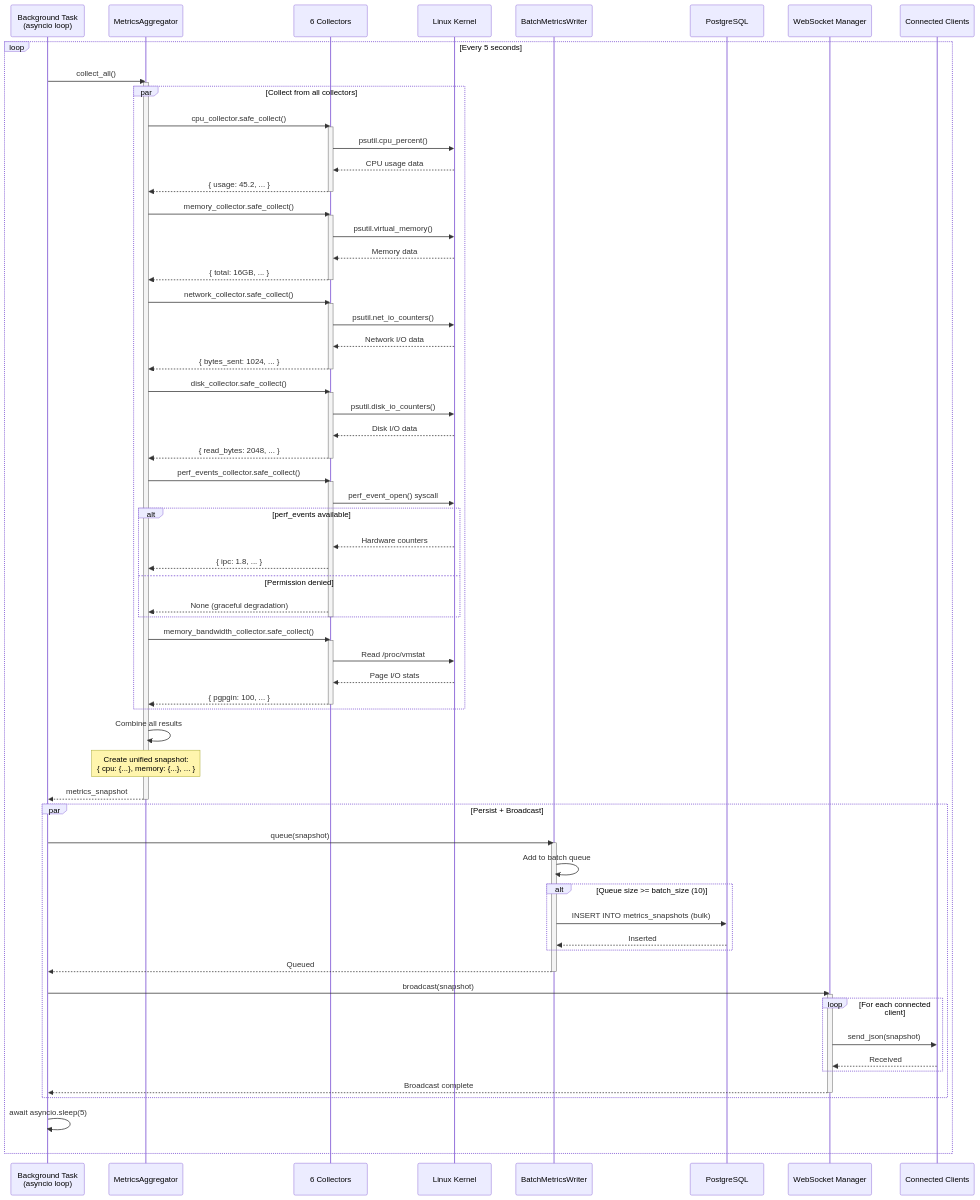
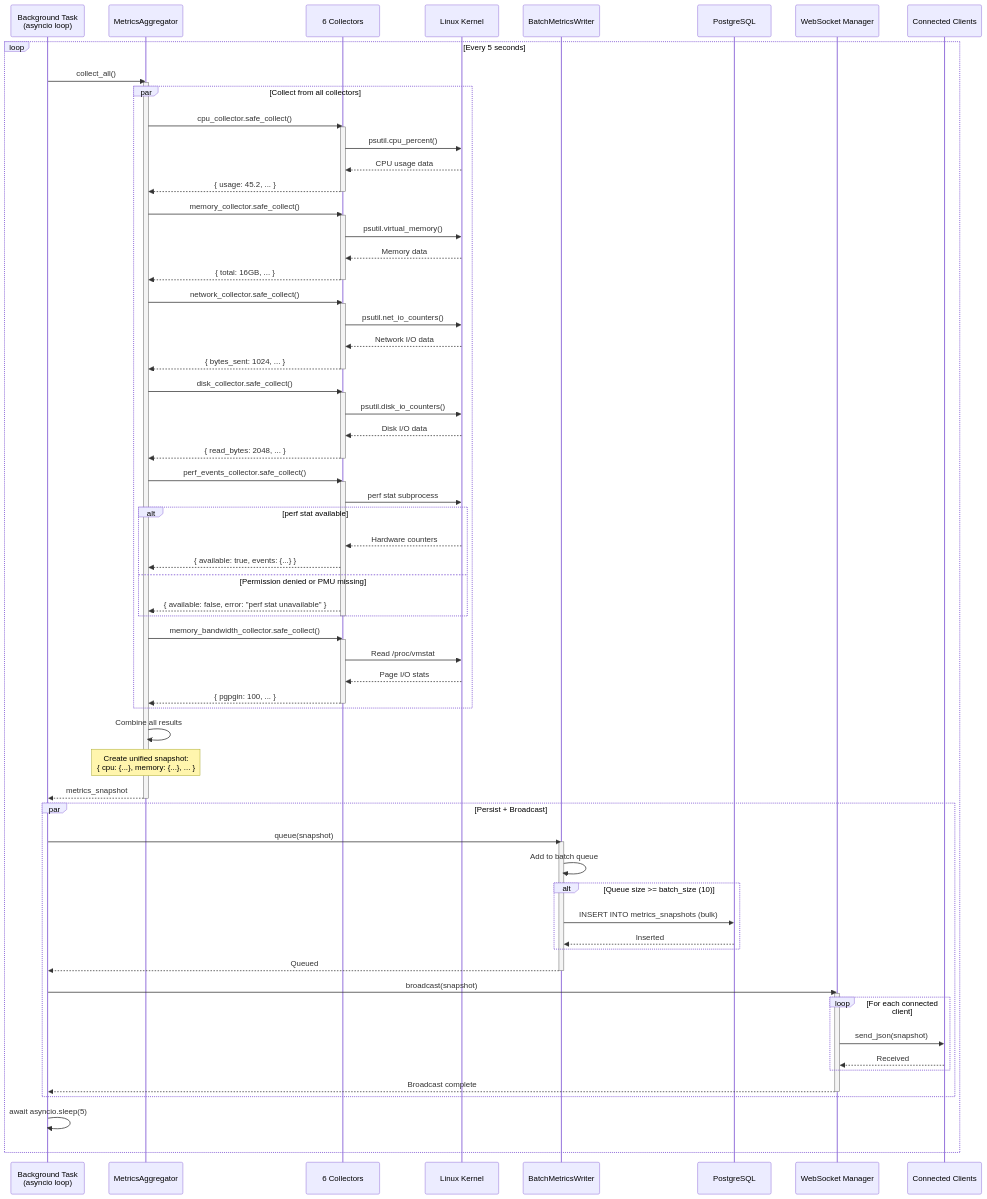
Before and after one commit to zhyndalf/perfwatch: the second of 6 diagrams in docs/diagrams/developers/sequences/websocket.md, drawn with Mermaid. The commit also changed other lines of this file and 52 other files, not shown here.

Commit message:
refactor: perf stat collector and docs sync

```diff
--- a/docs/diagrams/developers/sequences/websocket.md
+++ b/docs/diagrams/developers/sequences/websocket.md
@@ -114,12 +114,12 @@
 
             Aggregator->>Collectors: perf_events_collector.safe_collect()
             activate Collectors
-            Collectors->>LinuxKernel: perf_event_open() syscall
-            alt perf_events available
+            Collectors->>LinuxKernel: perf stat subprocess
+            alt perf stat available
                 LinuxKernel-->>Collectors: Hardware counters
-                Collectors-->>Aggregator: { ipc: 1.8, ... }
-            else Permission denied
-                Collectors-->>Aggregator: None (graceful degradation)
+                Collectors-->>Aggregator: { available: true, events: {...} }
+            else Permission denied or PMU missing
+                Collectors-->>Aggregator: { available: false, error: "perf stat unavailable" }
             end
             deactivate Collectors
 
```
